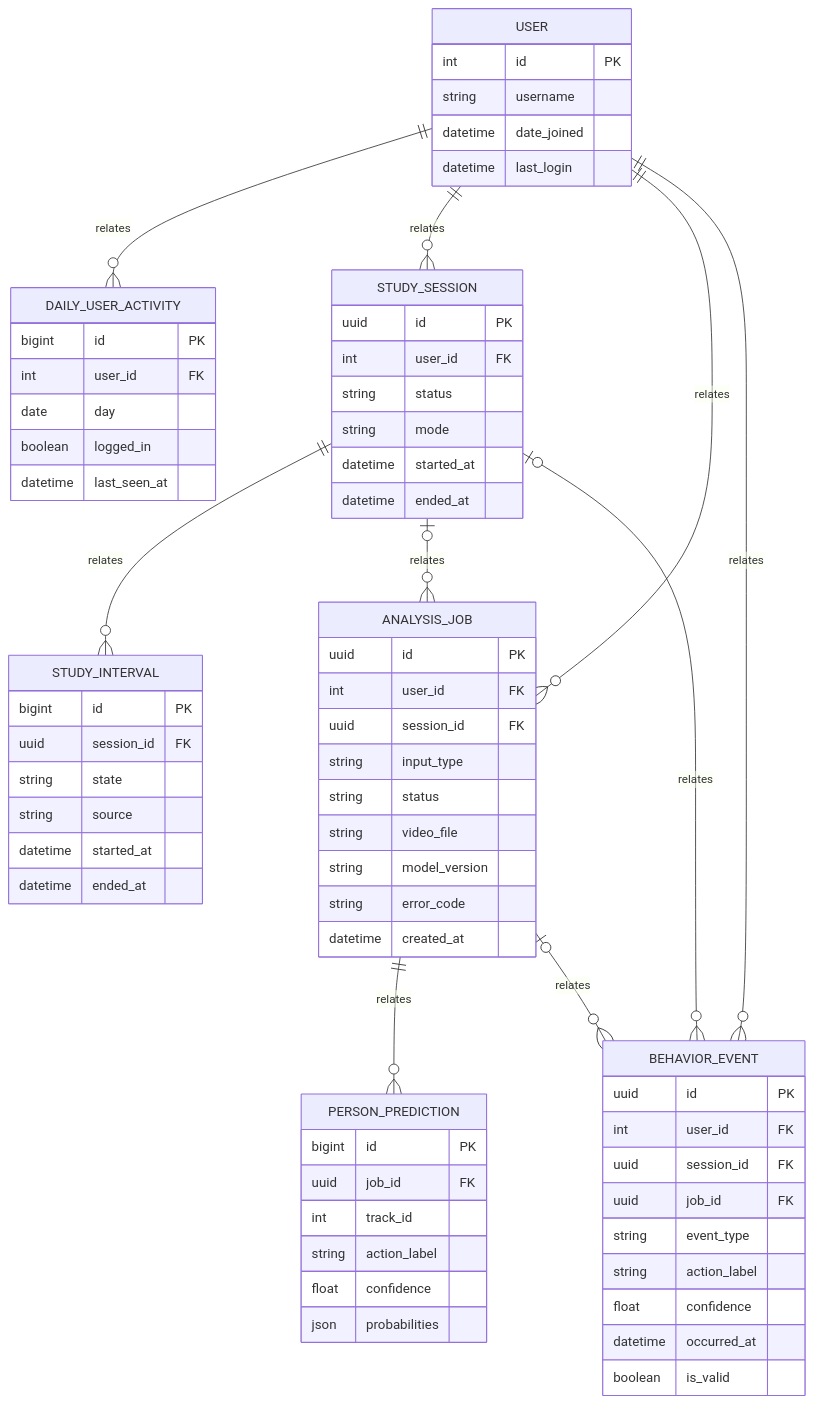
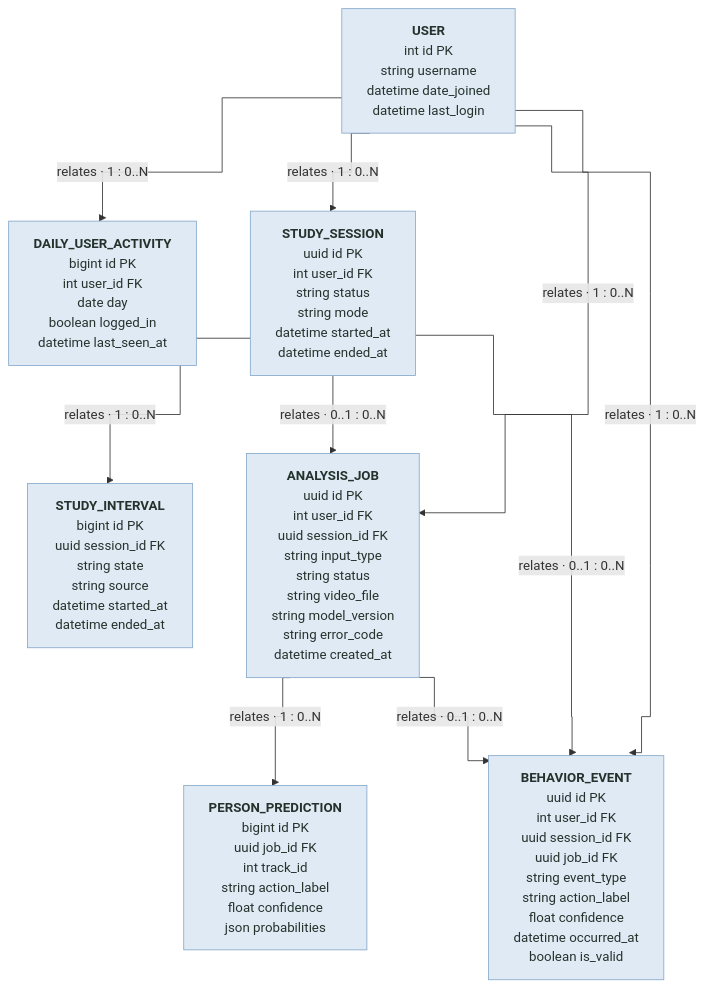
The diagram in docs/images/diagrams/02_erd.mmd (HanaPark-lab/desk-habit-coach), drawn with Mermaid before and after one commit. The commit also changed 9 other files, not shown here.

Commit message:
docs: refine diagram layouts with orthogonal connectors

```diff
--- a/docs/images/diagrams/02_erd.mmd
+++ b/docs/images/diagrams/02_erd.mmd
@@ -1,69 +1,26 @@
-erDiagram
- USER {
-  int id PK
-  string username
-  datetime date_joined
-  datetime last_login
- }
- DAILY_USER_ACTIVITY {
-  bigint id PK
-  int user_id FK
-  date day
-  boolean logged_in
-  datetime last_seen_at
- }
- STUDY_SESSION {
-  uuid id PK
-  int user_id FK
-  string status
-  string mode
-  datetime started_at
-  datetime ended_at
- }
- ANALYSIS_JOB {
-  uuid id PK
-  int user_id FK
-  uuid session_id FK
-  string input_type
-  string status
-  string video_file
-  string model_version
-  string error_code
-  datetime created_at
- }
- STUDY_INTERVAL {
-  bigint id PK
-  uuid session_id FK
-  string state
-  string source
-  datetime started_at
-  datetime ended_at
- }
- PERSON_PREDICTION {
-  bigint id PK
-  uuid job_id FK
-  int track_id
-  string action_label
-  float confidence
-  json probabilities
- }
- BEHAVIOR_EVENT {
-  uuid id PK
-  int user_id FK
-  uuid session_id FK
-  uuid job_id FK
-  string event_type
-  string action_label
-  float confidence
-  datetime occurred_at
-  boolean is_valid
- }
- USER ||--o{ DAILY_USER_ACTIVITY : relates
- USER ||--o{ STUDY_SESSION : relates
- USER ||--o{ ANALYSIS_JOB : relates
- USER ||--o{ BEHAVIOR_EVENT : relates
- STUDY_SESSION ||--o{ STUDY_INTERVAL : relates
- STUDY_SESSION |o--o{ ANALYSIS_JOB : relates
- STUDY_SESSION |o--o{ BEHAVIOR_EVENT : relates
- ANALYSIS_JOB ||--o{ PERSON_PREDICTION : relates
- ANALYSIS_JOB |o--o{ BEHAVIOR_EVENT : relates
+---
+config:
+  flowchart:
+    curve: step
+    nodeSpacing: 65
+    rankSpacing: 70
+---
+flowchart TD
+    USER["<b>USER</b><br/>int id PK<br/>string username<br/>datetime date_joined<br/>datetime last_login"]
+    DAILY_USER_ACTIVITY["<b>DAILY_USER_ACTIVITY</b><br/>bigint id PK<br/>int user_id FK<br/>date day<br/>boolean logged_in<br/>datetime last_seen_at"]
+    STUDY_SESSION["<b>STUDY_SESSION</b><br/>uuid id PK<br/>int user_id FK<br/>string status<br/>string mode<br/>datetime started_at<br/>datetime ended_at"]
+    ANALYSIS_JOB["<b>ANALYSIS_JOB</b><br/>uuid id PK<br/>int user_id FK<br/>uuid session_id FK<br/>string input_type<br/>string status<br/>string video_file<br/>string model_version<br/>string error_code<br/>datetime created_at"]
+    STUDY_INTERVAL["<b>STUDY_INTERVAL</b><br/>bigint id PK<br/>uuid session_id FK<br/>string state<br/>string source<br/>datetime started_at<br/>datetime ended_at"]
+    PERSON_PREDICTION["<b>PERSON_PREDICTION</b><br/>bigint id PK<br/>uuid job_id FK<br/>int track_id<br/>string action_label<br/>float confidence<br/>json probabilities"]
+    BEHAVIOR_EVENT["<b>BEHAVIOR_EVENT</b><br/>uuid id PK<br/>int user_id FK<br/>uuid session_id FK<br/>uuid job_id FK<br/>string event_type<br/>string action_label<br/>float confidence<br/>datetime occurred_at<br/>boolean is_valid"]
+    USER -->|"relates · 1 : 0..N"| DAILY_USER_ACTIVITY
+    USER -->|"relates · 1 : 0..N"| STUDY_SESSION
+    USER -->|"relates · 1 : 0..N"| ANALYSIS_JOB
+    USER -->|"relates · 1 : 0..N"| BEHAVIOR_EVENT
+    STUDY_SESSION -->|"relates · 1 : 0..N"| STUDY_INTERVAL
+    STUDY_SESSION -->|"relates · 0..1 : 0..N"| ANALYSIS_JOB
+    STUDY_SESSION -->|"relates · 0..1 : 0..N"| BEHAVIOR_EVENT
+    ANALYSIS_JOB -->|"relates · 1 : 0..N"| PERSON_PREDICTION
+    ANALYSIS_JOB -->|"relates · 0..1 : 0..N"| BEHAVIOR_EVENT
+    classDef entity fill:#e0eaf5,stroke:#86a8ca,color:#23332c
+    class USER,DAILY_USER_ACTIVITY,STUDY_SESSION,ANALYSIS_JOB,STUDY_INTERVAL,PERSON_PREDICTION,BEHAVIOR_EVENT entity
```
